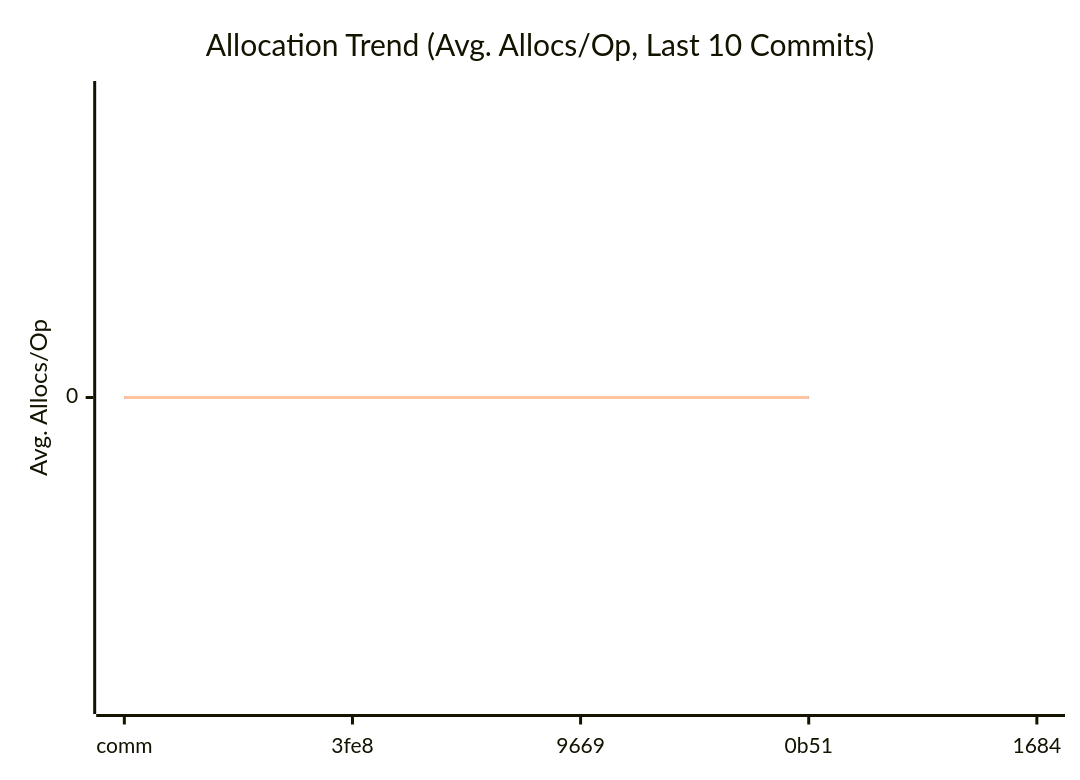
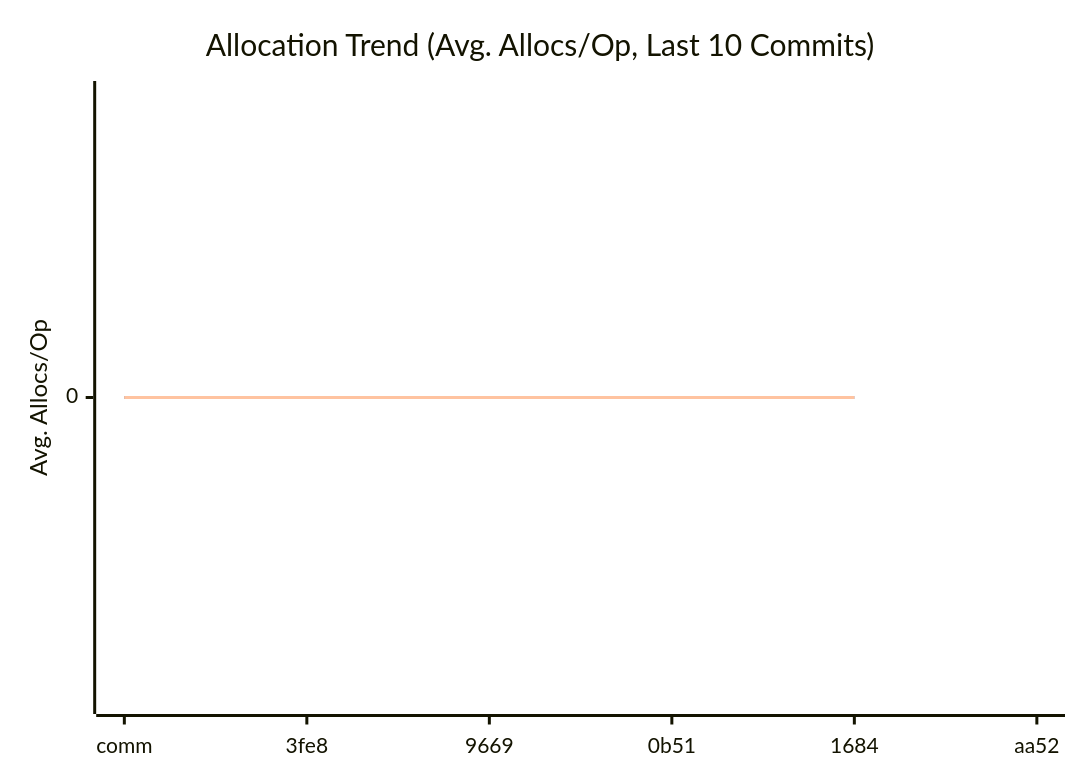
The third of 3 diagrams in doc/README.md (alsotoes/momo), drawn with Mermaid before and after one commit. The commit also changed other lines of this file and 1 other file, not shown here.

````diff
--- a/doc/README.md
+++ b/doc/README.md
@@ -312,10 +312,10 @@
 ```mermaid
 xychart-beta
     title "Allocation Trend (Avg. Allocs/Op, Last 10 Commits)"
     x-axis "Commit"
     y-axis "Avg. Allocs/Op"
-    x-axis [comm,3fe8,9669,0b51,1684]
-    line "CheckMetricsAndSwap" [0,0,0,0]
-    line "IndexDirectTracking" [0,0,0,0]
-    line "IndexSearch" [0,0,0,0]
+    x-axis [comm,3fe8,9669,0b51,1684,aa52]
+    line "CheckMetricsAndSwap" [0,0,0,0,0]
+    line "IndexDirectTracking" [0,0,0,0,0]
+    line "IndexSearch" [0,0,0,0,0]
 ```
````
